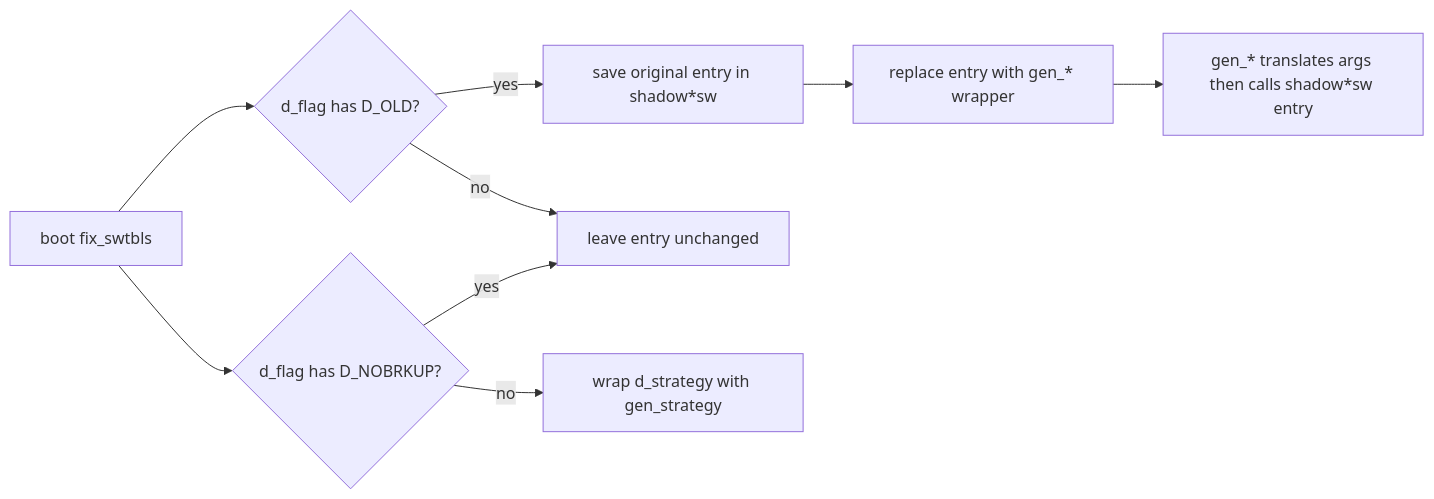
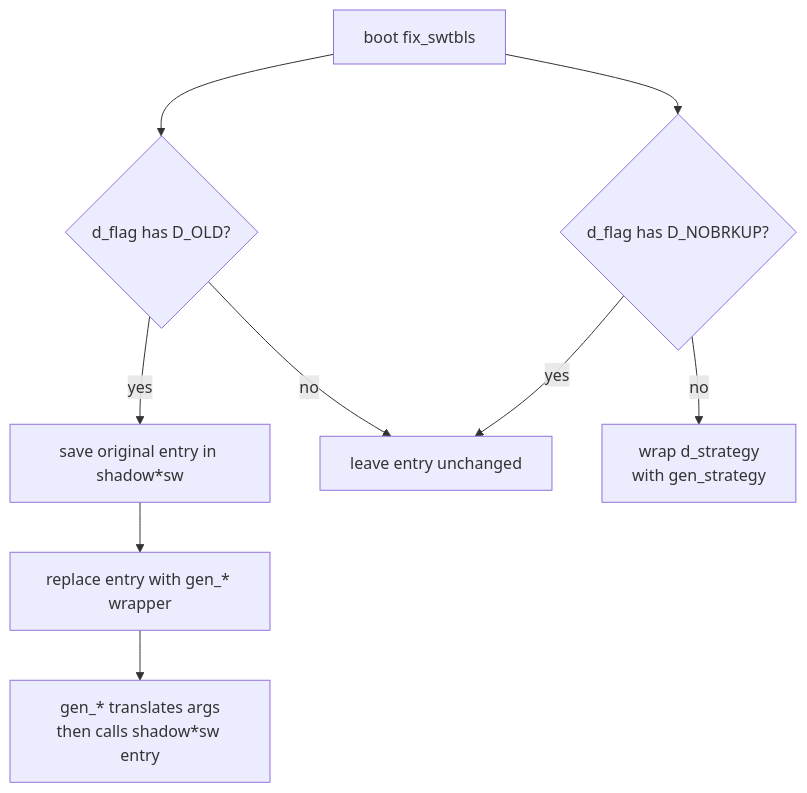
The diagram in diagrams/5.2-compatibility-wrappers.mmd (macsplit/unix_doc), drawn with Mermaid before and after one commit. The commit also changed 59 other files, not shown here.

Commit message:
adjusted diagrams sizes and split some diagrams into multiple

```diff
--- a/diagrams/5.2-compatibility-wrappers.mmd
+++ b/diagrams/5.2-compatibility-wrappers.mmd
@@ -1,9 +1,9 @@
-flowchart LR
+flowchart TD
     A[boot fix_swtbls] --> B{d_flag has D_OLD?}
     B -->|yes| C[save original entry in shadow*sw]
     C --> D[replace entry with gen_* wrapper]
-    D --> E[gen_* translates args then calls shadow*sw entry]
+    D --> E[gen_* translates args<br/>then calls shadow*sw entry]
     B -->|no| F[leave entry unchanged]
     A --> G{d_flag has D_NOBRKUP?}
-    G -->|no| H[wrap d_strategy with gen_strategy]
+    G -->|no| H[wrap d_strategy<br/>with gen_strategy]
     G -->|yes| F
```
